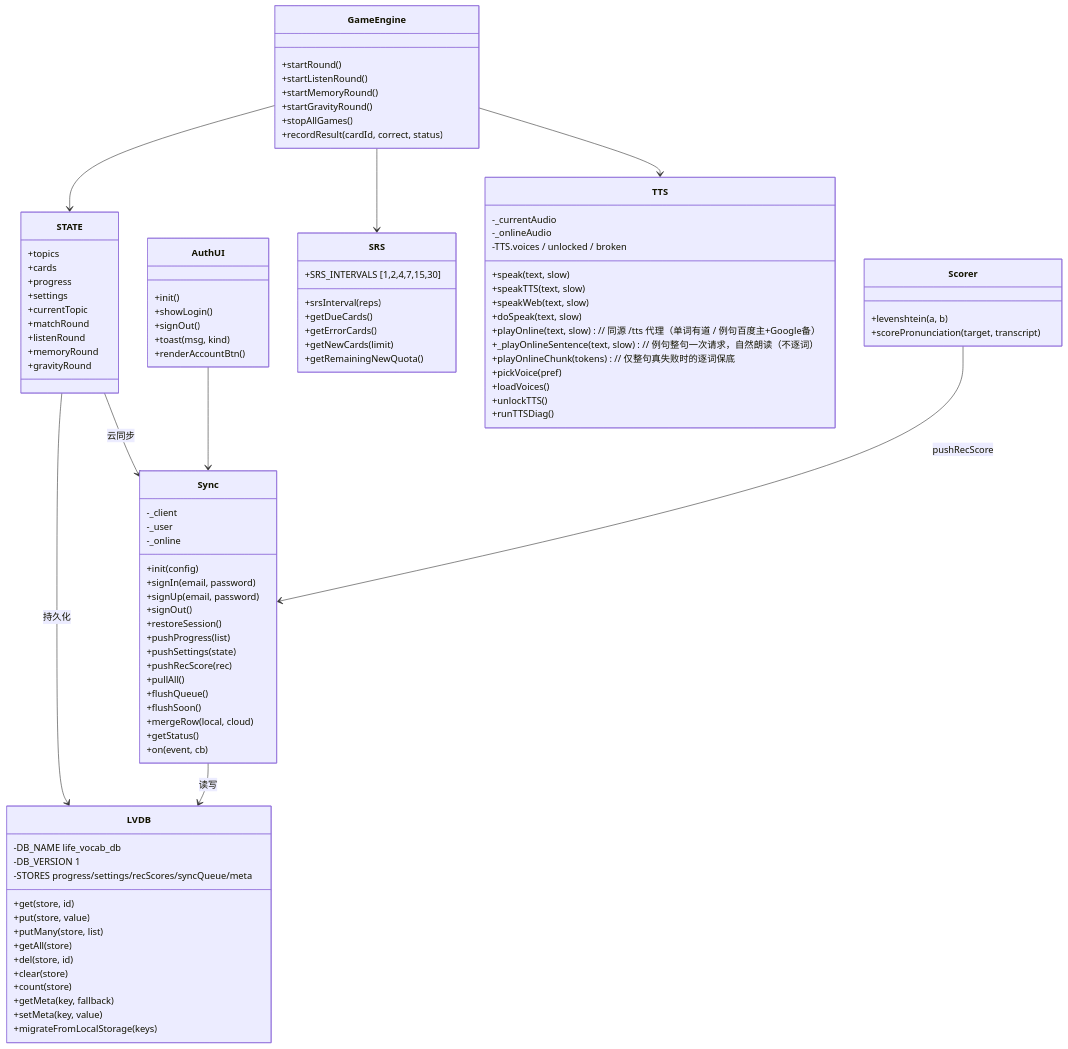
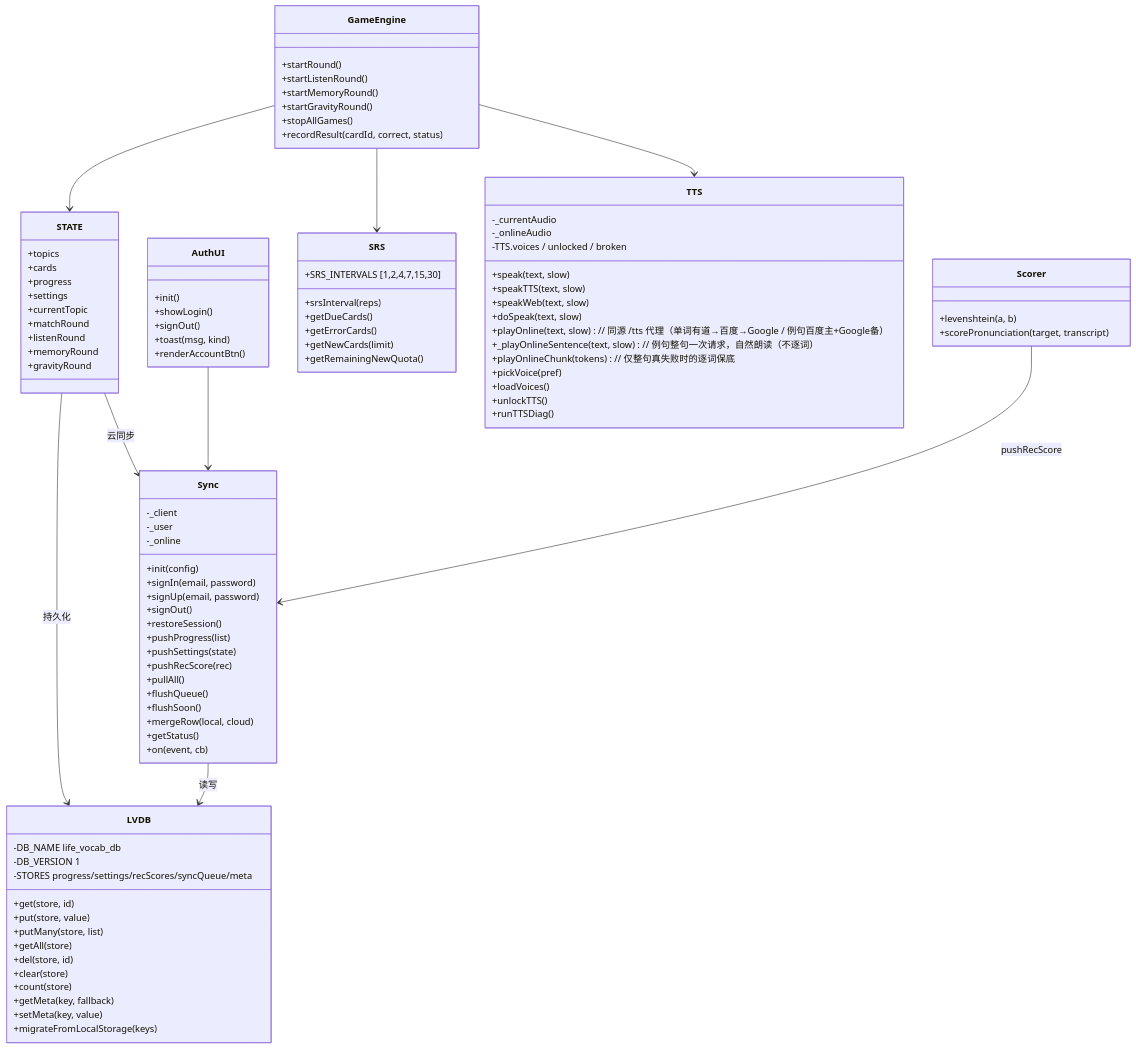
Before and after one commit to 17SiberianWolf/life-vocab-app: the first of 8 diagrams in docs/03-LLD-详细设计说明书.md, drawn with Mermaid. The commit also changed 11 other files, not shown here.

```diff
--- a/docs/03-LLD-详细设计说明书.md
+++ b/docs/03-LLD-详细设计说明书.md
@@ -187,7 +187,7 @@
         +speakTTS(text, slow)
         +speakWeb(text, slow)
         +doSpeak(text, slow)
-        +playOnline(text, slow)        // 同源 /tts 代理（单词有道 / 例句百度主+Google备）
+        +playOnline(text, slow)        // 同源 /tts 代理（单词有道→百度→Google / 例句百度主+Google备）
         +_playOnlineSentence(text, slow)  // 例句整句一次请求，自然朗读（不逐词）
         +playOnlineChunk(tokens)      // 仅整句真失败时的逐词保底
         +pickVoice(pref)
```
